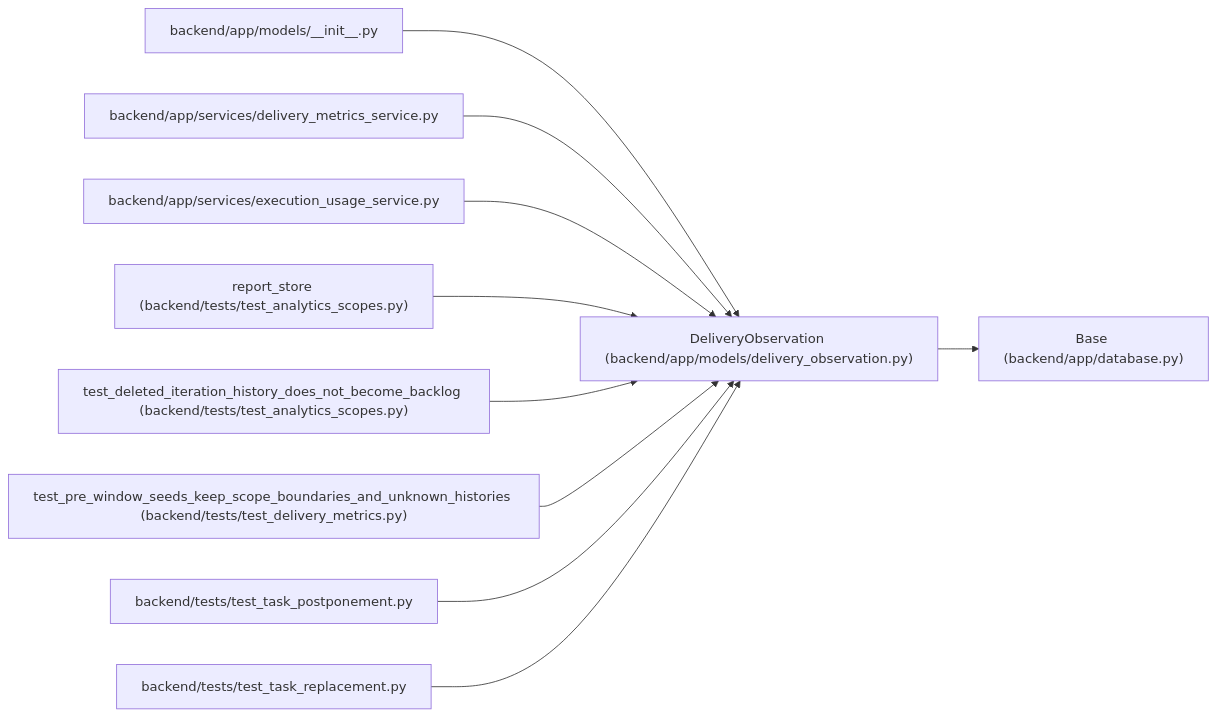
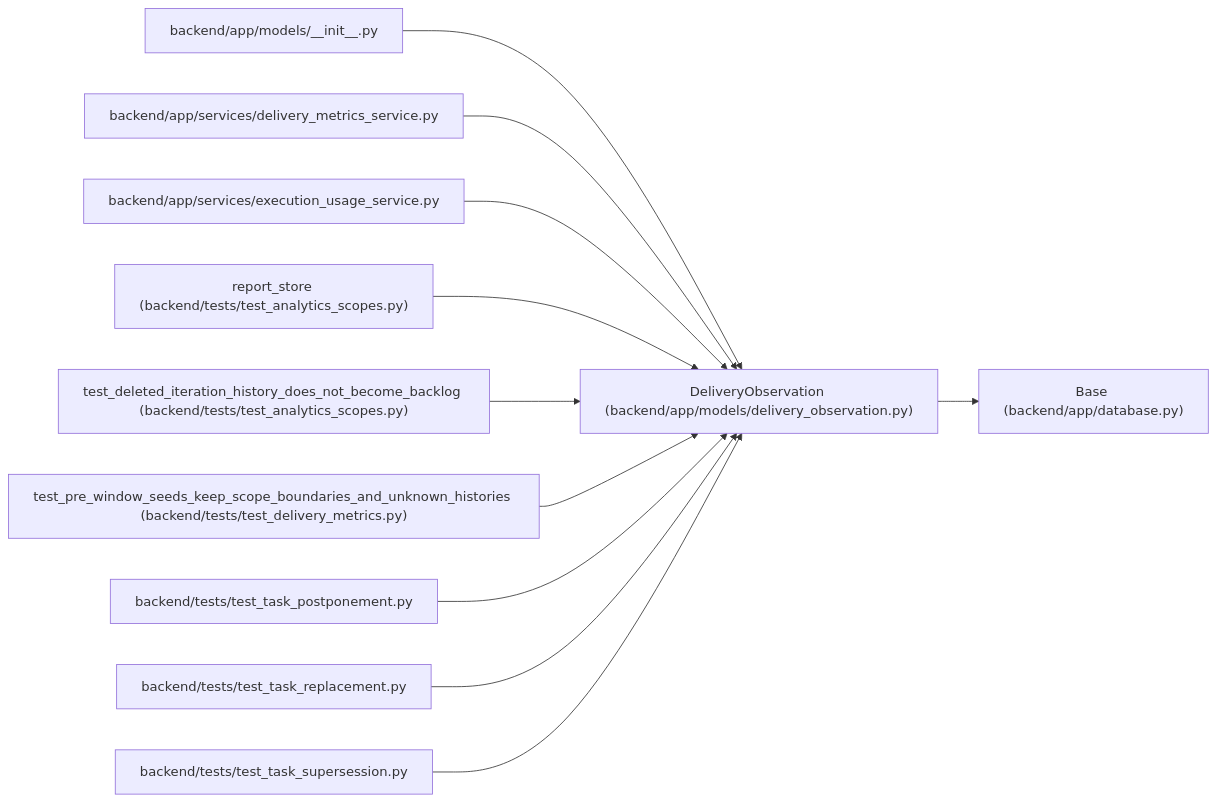
Before and after one commit to Denissvgn/WorkChord: the diagram in docs/llm_wiki/entities/DeliveryObservation.md, drawn with Mermaid. The commit also changed other lines of this file and 693 other files, not shown here.

Commit message:
Sync the architectural wiki for superseding work with an accepted successor

````diff
--- a/docs/llm_wiki/entities/DeliveryObservation.md
+++ b/docs/llm_wiki/entities/DeliveryObservation.md
@@ -34,32 +34,35 @@
 ```mermaid
 flowchart LR
     n0["DeliveryObservation (backend/app/models/delivery_observation.py)"]
     n1["Base (backend/app/database.py)"]
     n2["backend/app/models/__init__.py"]
     n3["backend/app/services/delivery_metrics_service.py"]
     n4["backend/app/services/execution_usage_service.py"]
     n5["report_store (backend/tests/test_analytics_scopes.py)"]
     n6["test_deleted_iteration_history_does_not_become_backlog (backend/tests/test_analytics_scopes.py)"]
     n7["test_pre_window_seeds_keep_scope_boundaries_and_unknown_histories (backend/tests/test_delivery_metrics.py)"]
     n8["backend/tests/test_task_postponement.py"]
     n9["backend/tests/test_task_replacement.py"]
+    n10["backend/tests/test_task_supersession.py"]
     n0 --> n1
     n2 --> n0
     n3 --> n0
     n4 --> n0
     n5 --> n0
     n6 --> n0
     n7 --> n0
     n8 --> n0
     n9 --> n0
+    n10 --> n0
     click n0 "../modules/delivery_observation.md"
     click n1 "../modules/app_database.md"
     click n2 "../modules/models___init__.md"
     click n3 "../modules/delivery_metrics_service.md"
     click n4 "../modules/execution_usage_service.md"
     click n5 "../modules/test_analytics_scopes.md"
     click n6 "../modules/test_analytics_scopes.md"
     click n7 "../modules/test_delivery_metrics.md"
     click n8 "../modules/test_task_postponement.md"
     click n9 "../modules/test_task_replacement.md"
+    click n10 "../modules/test_task_supersession.md"
 ```
````
